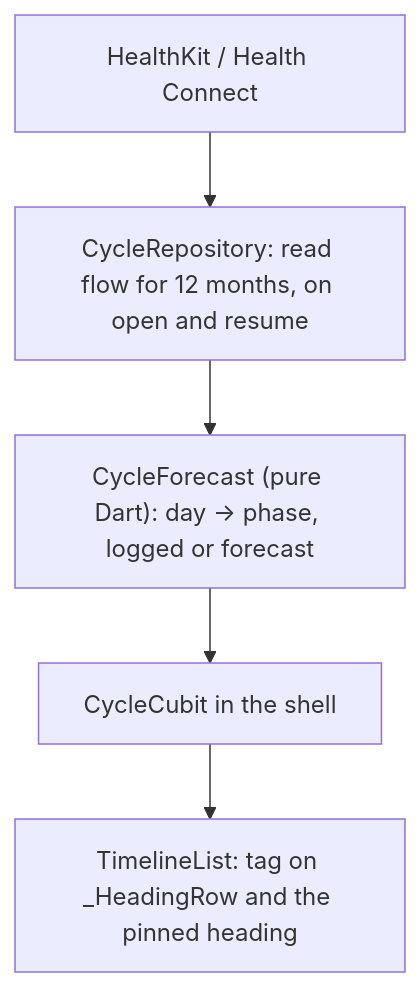
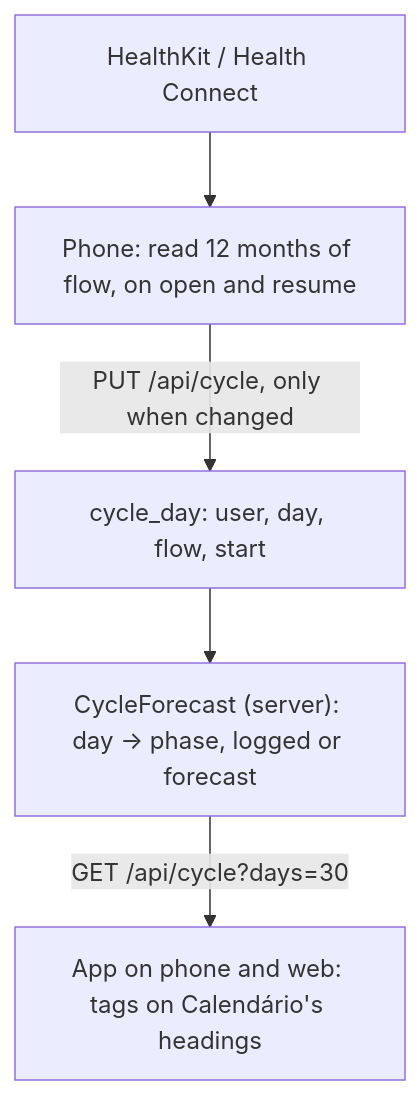
One commit to pietroid/lunna changed the second of 2 diagrams in product/research/2026-10-23-cycle-on-the-calendar/README.md. Above: the diagram before and after it, drawn with Mermaid. The commit also changed other lines of this file and 2 other files, not shown here.

Commit message:
research(#32): fix · Integration with Apple Health for Menstrual Cycle

````diff
--- a/product/research/2026-10-23-cycle-on-the-calendar/README.md
+++ b/product/research/2026-10-23-cycle-on-the-calendar/README.md
@@ -158,7 +170,7 @@
 ```mermaid
 flowchart TD
-  K["HealthKit / Health Connect"] --> R["CycleRepository: read flow for 12 months, on open and resume"]
-  R --> F["CycleForecast (pure Dart): day → phase, logged or forecast"]:::key
-  F --> B["CycleCubit in the shell"]
-  B --> L["TimelineList: tag on _HeadingRow and the pinned heading"]
+  K["HealthKit / Health Connect"] --> R["Phone: read 12 months of flow, on open and resume"]
+  R -->|"PUT /api/cycle, only when changed"| T["cycle_day: user, day, flow, start"]
+  T --> F["CycleForecast (server): day → phase, logged or forecast"]:::key
+  F -->|"GET /api/cycle?days=30"| A["App on phone and web: tags on Calendário's headings"]
 ```
````
